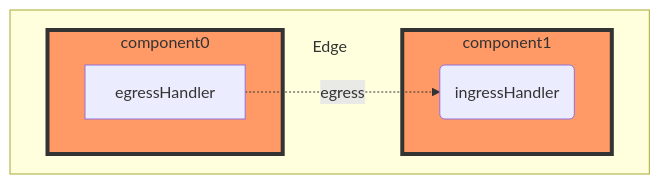
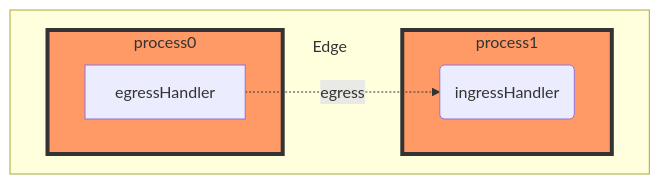
One commit to base-org/pessimism changed the fifth of 5 diagrams in docs/architecture/etl.markdown. Above: the diagram before and after it, drawn with Mermaid. The commit also changed other lines of this file and 146 other files, not shown here.

```diff
--- a/docs/architecture/etl.markdown
+++ b/docs/architecture/etl.markdown
@@ -239,18 +237,18 @@
 <div class="mermaid">
 graph TB;
 
     subgraph "\nEdge"
-        subgraph A[component0]
+        subgraph A[process0]
             B[egressHandler];
         end
 
-        subgraph D[component1]
+        subgraph D[process1]
         B -.-> |egress| C(ingressHandler)
 
         end
     end
 
 
     classDef orange fill:#f96,stroke:#333,stroke-width:4px
     class A,D orange
 </div>
```
